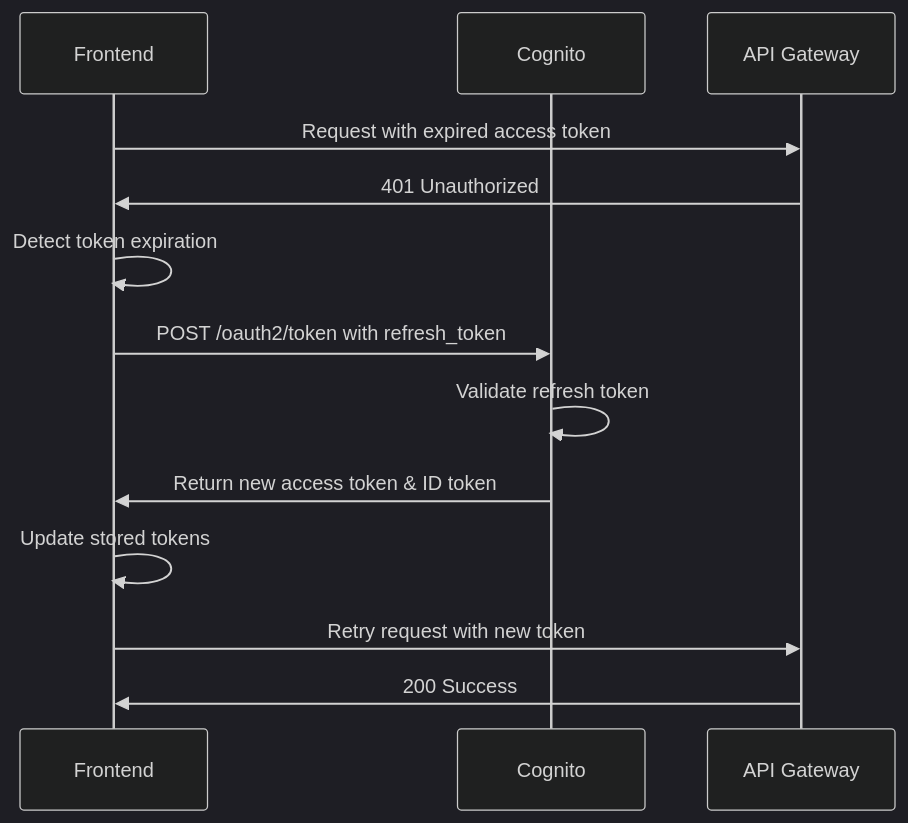
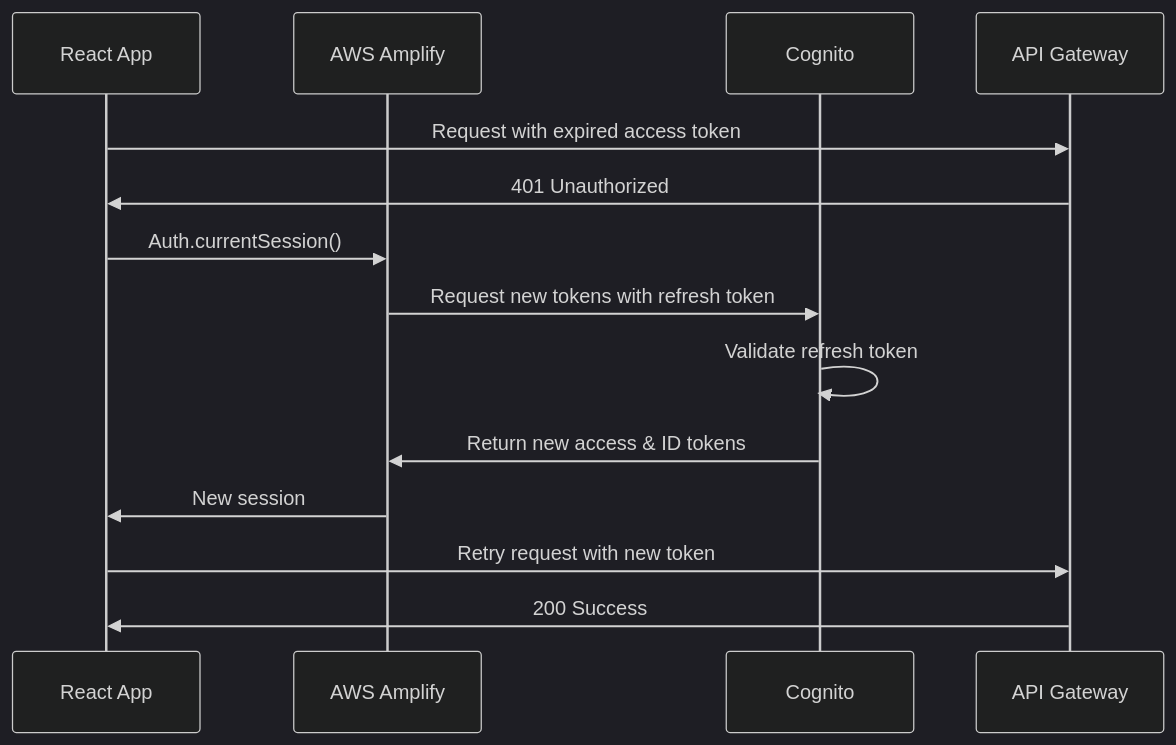
One commit to chrismgonzalez/madewithkiro changed the third of 4 diagrams in .kiro/specs/social-authentication/design.md. Above: the diagram before and after it, drawn with Mermaid (dark theme). The commit also changed other lines of this file and 6 other files, not shown here.

````diff
--- a/.kiro/specs/social-authentication/design.md
+++ b/.kiro/specs/social-authentication/design.md
@@ -533,16 +920,17 @@
 ```mermaid
 sequenceDiagram
-    participant F as Frontend
+    participant R as React App
+    participant A as AWS Amplify
     participant C as Cognito
     participant API as API Gateway
 
-    F->>API: Request with expired access token
-    API->>F: 401 Unauthorized
-    F->>F: Detect token expiration
-    F->>C: POST /oauth2/token with refresh_token
+    R->>API: Request with expired access token
+    API->>R: 401 Unauthorized
+    R->>A: Auth.currentSession()
+    A->>C: Request new tokens with refresh token
     C->>C: Validate refresh token
-    C->>F: Return new access token & ID token
-    F->>F: Update stored tokens
-    F->>API: Retry request with new token
-    API->>F: 200 Success
+    C->>A: Return new access & ID tokens
+    A->>R: New session
+    R->>API: Retry request with new token
+    API->>R: 200 Success
 ```
````
